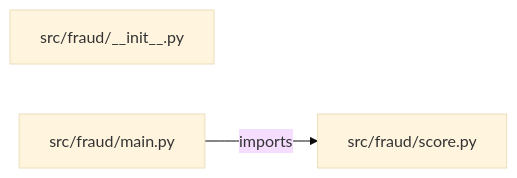
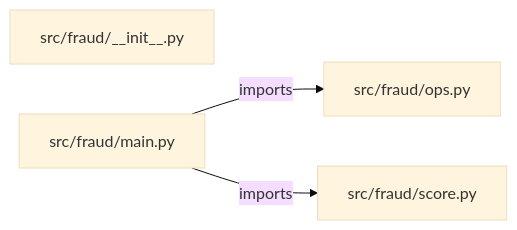
Before and after one commit to iarsingh/fraud-transaction-detection: the diagram in PROJECT_ARCHITECTURE.md, drawn with Mermaid (base theme). The commit also changed other lines of this file and 2 other files, not shown here.

Commit message:
Refresh architecture and interview guides from current implementation

````diff
--- a/PROJECT_ARCHITECTURE.md
+++ b/PROJECT_ARCHITECTURE.md
@@ -13,7 +13,9 @@
 ```mermaid
 flowchart LR
     M0["src/fraud/__init__.py"]
     M1["src/fraud/main.py"]
-    M2["src/fraud/score.py"]
+    M2["src/fraud/ops.py"]
+    M3["src/fraud/score.py"]
     M1 -->|imports| M2
+    M1 -->|imports| M3
 ```
````
